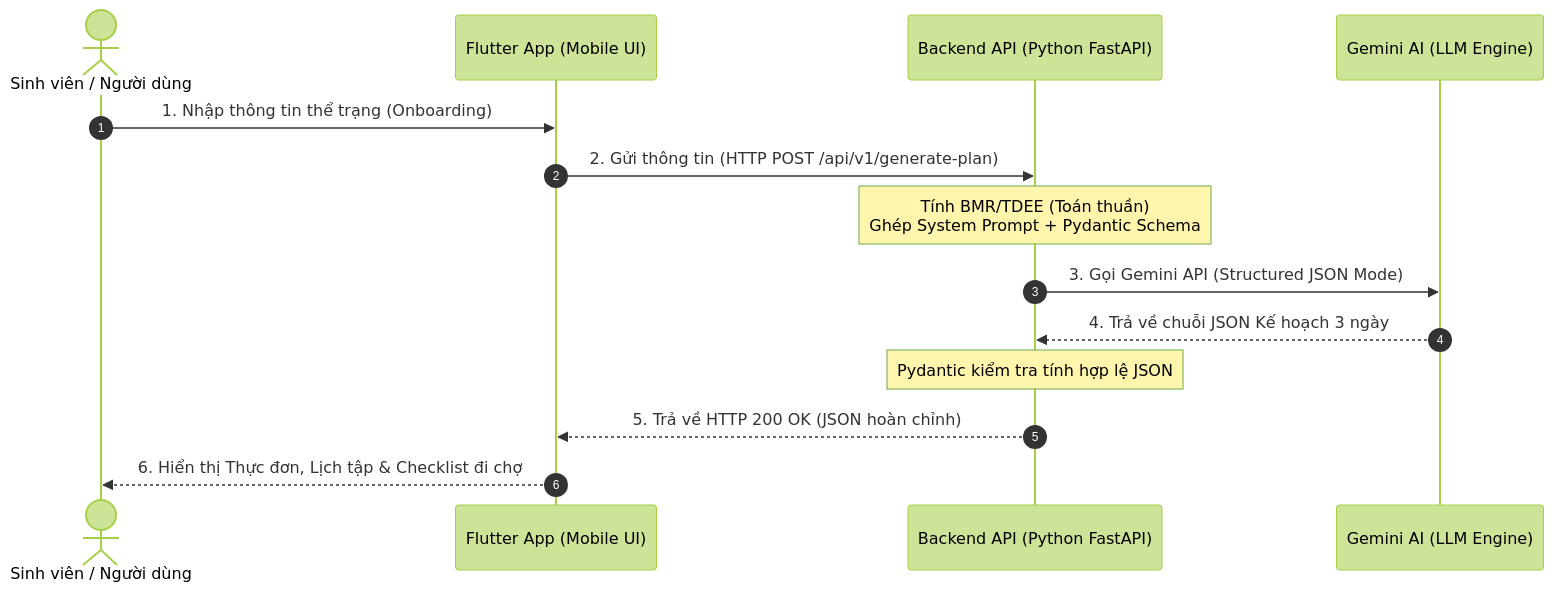
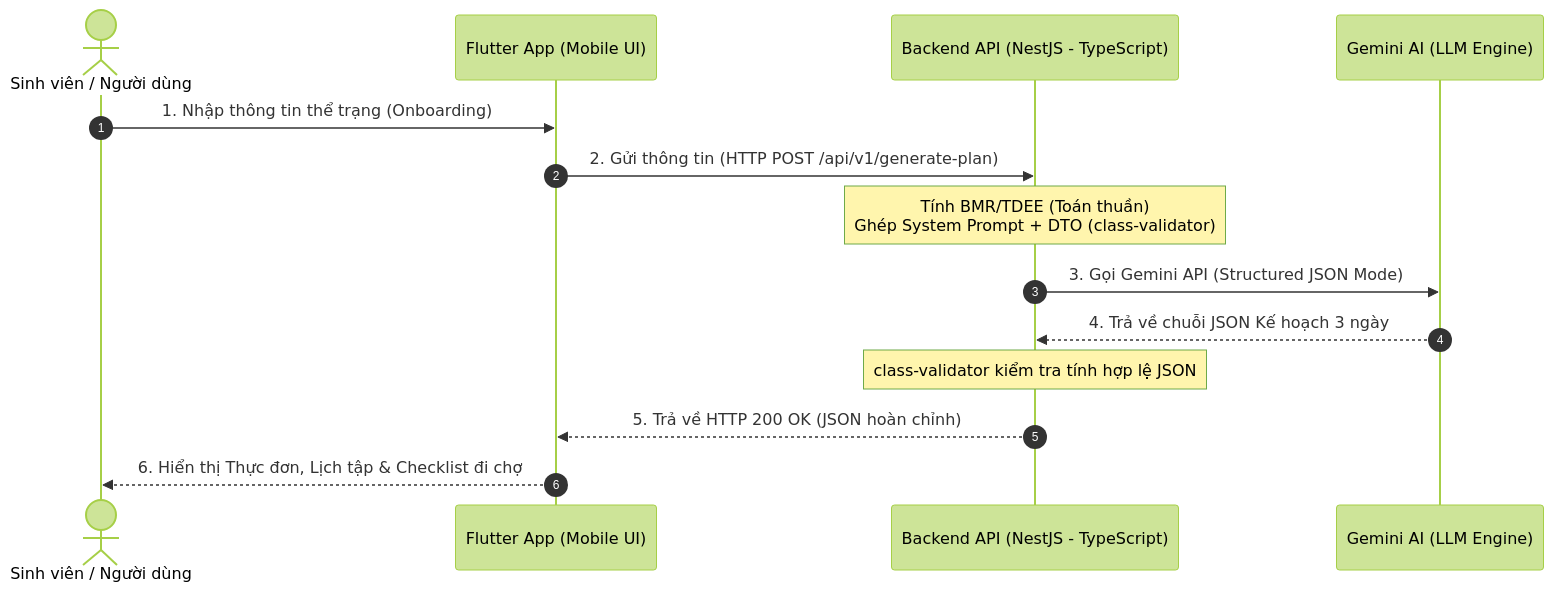
One commit to AlenJason/AI-Product-Development-End-to-End changed the diagram in BRD.md. Above: the diagram before and after it, drawn with Mermaid (forest theme). The commit also changed other lines of this file and 48 other files, not shown here.

First line of the commit message:
Chuyen backend sang NestJS, dung khung backend_api/ai_workspace, cap nhat BRD va wiki noi bo

````diff
--- a/BRD.md
+++ b/BRD.md
@@ -55,17 +55,17 @@
 ```mermaid
 sequenceDiagram
     autonumber
     actor User as Sinh viên / Người dùng
     participant Flutter as Flutter App (Mobile UI)
-    participant FastAPI as Backend API (Python FastAPI)
+    participant NestJS as Backend API (NestJS - TypeScript)
     participant Gemini as Gemini AI (LLM Engine)
 
     User->>Flutter: 1. Nhập thông tin thể trạng (Onboarding)
-    Flutter->>FastAPI: 2. Gửi thông tin (HTTP POST /api/v1/generate-plan)
-    Note over FastAPI: Tính BMR/TDEE (Toán thuần)<br/>Ghép System Prompt + Pydantic Schema
-    FastAPI->>Gemini: 3. Gọi Gemini API (Structured JSON Mode)
-    Gemini-->>FastAPI: 4. Trả về chuỗi JSON Kế hoạch 3 ngày
-    Note over FastAPI: Pydantic kiểm tra tính hợp lệ JSON
-    FastAPI-->>Flutter: 5. Trả về HTTP 200 OK (JSON hoàn chỉnh)
+    Flutter->>NestJS: 2. Gửi thông tin (HTTP POST /api/v1/generate-plan)
+    Note over NestJS: Tính BMR/TDEE (Toán thuần)<br/>Ghép System Prompt + DTO (class-validator)
+    NestJS->>Gemini: 3. Gọi Gemini API (Structured JSON Mode)
+    Gemini-->>NestJS: 4. Trả về chuỗi JSON Kế hoạch 3 ngày
+    Note over NestJS: class-validator kiểm tra tính hợp lệ JSON
+    NestJS-->>Flutter: 5. Trả về HTTP 200 OK (JSON hoàn chỉnh)
     Flutter-->>User: 6. Hiển thị Thực đơn, Lịch tập & Checklist đi chợ
 ```
````
